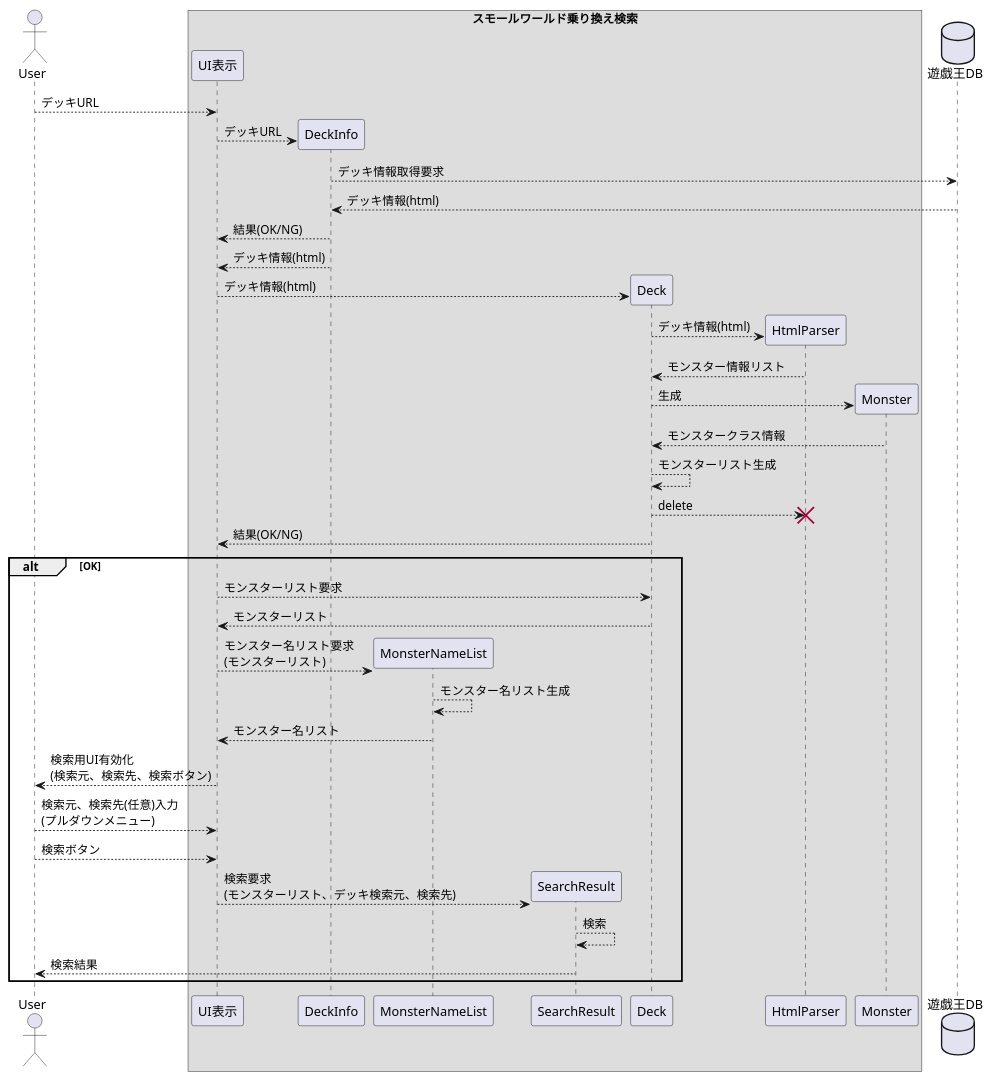
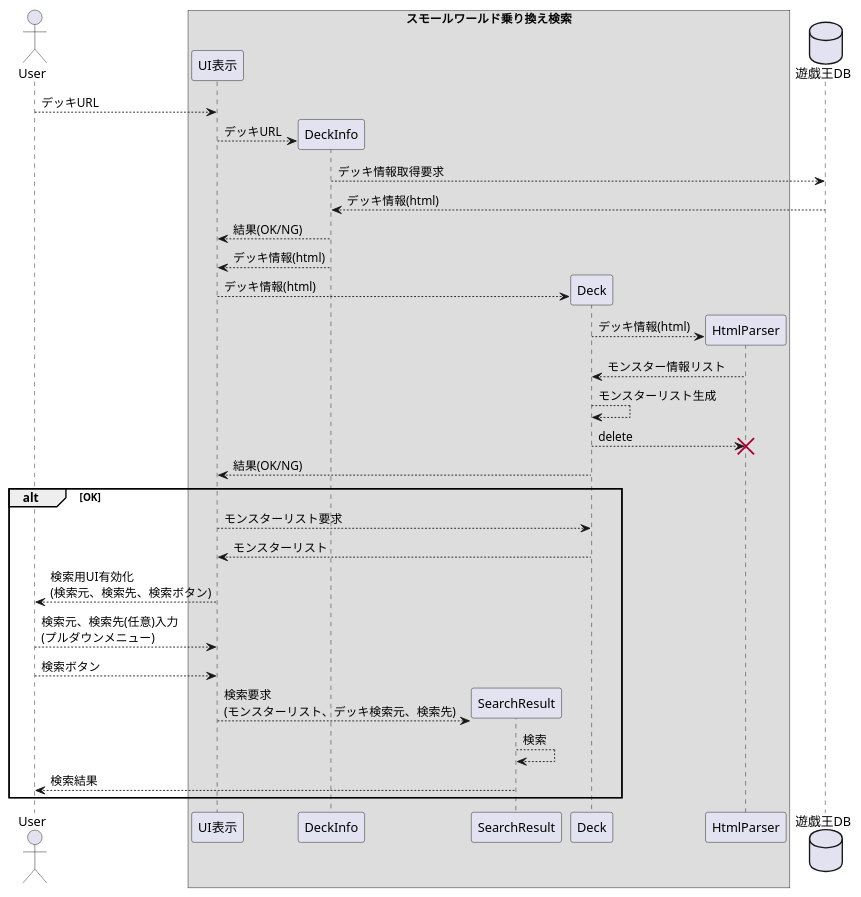
Before and after one commit to ikishichi/ygo-small-world-transit: the fourth of 6 diagrams in docs/ygo-small-world-transit.md, drawn with PlantUML. The commit also changed other lines of this file, not shown here.

````diff
--- a/docs/ygo-small-world-transit.md
+++ b/docs/ygo-small-world-transit.md
@@ -70,51 +70,42 @@
 ```plantuml
 @startuml
 actor User as user
 box "スモールワールド乗り換え検索"
 participant "UI表示" as ui
 participant "DeckInfo" as di
-participant "MonsterNameList" as mnl
 participant "SearchResult" as sr
 participant "Deck" as dc
 participant "HtmlParser" as hp
-participant "Monster" as mn
 end box
 database 遊戯王DB as db
 
 user --> ui : デッキURL
 create di
 ui --> di : デッキURL
 di --> db : デッキ情報取得要求
 db --> di : デッキ情報(html)
 di --> ui : 結果(OK/NG)
 di --> ui : デッキ情報(html)
 create dc
 ui --> dc : デッキ情報(html)
 create hp
 dc --> hp : デッキ情報(html)
 hp --> dc : モンスター情報リスト
-create mn
-dc --> mn : 生成
-mn --> dc : モンスタークラス情報
 dc --> dc : モンスターリスト生成
 dc --> hp : delete
 destroy hp
 dc --> ui : 結果(OK/NG)
 alt OK
     ui --> dc : モンスターリスト要求
     dc --> ui : モンスターリスト
-    create mnl
-    ui --> mnl : モンスター名リスト要求\n(モンスターリスト)
-    mnl --> mnl : モンスター名リスト生成
-    mnl --> ui : モンスター名リスト
     ui --> user : 検索用UI有効化\n(検索元、検索先、検索ボタン)
     user --> ui : 検索元、検索先(任意)入力\n(プルダウンメニュー)
     user --> ui : 検索ボタン
     create sr
     ui --> sr : 検索要求\n(モンスターリスト、デッキ検索元、検索先)
     sr --> sr : 検索
     sr --> user : 検索結果
 end
 
 @enduml
 ```
````
